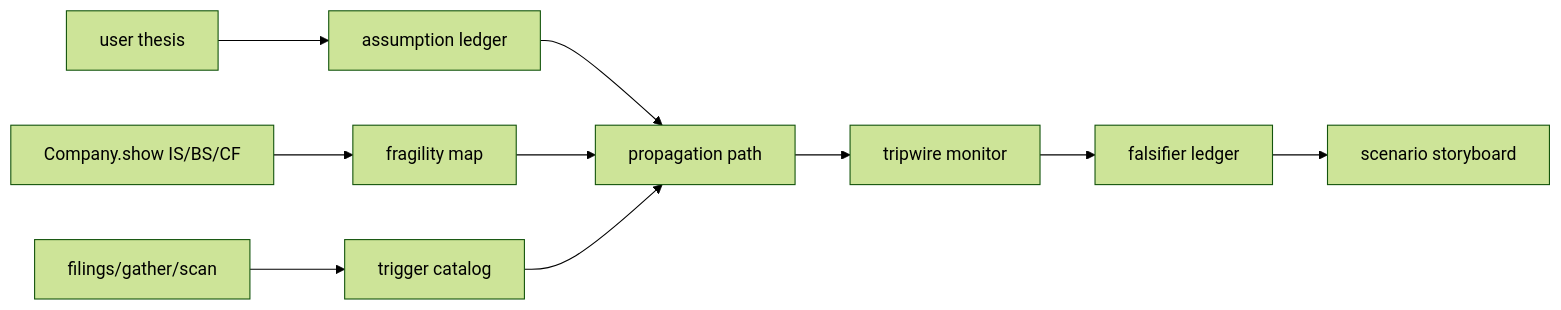
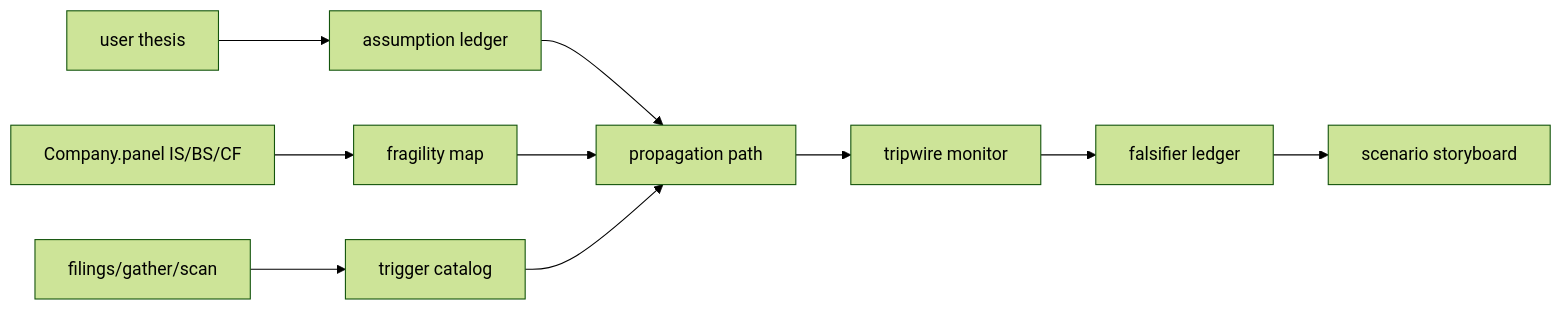
One commit to zkznxk123-sys/dartlab changed the diagram in src/dartlab/skills/specs/recipes/meta/thesisKillChain/index.md. Above: the diagram before and after it, drawn with Mermaid (forest theme). The commit also changed other lines of this file and 19 other files, not shown here.

Commit message:
문서: Skill OS recipe 20종 공개 show→panel 손편집 (Phase H ① 배치3) — thesisKillChain 8 + macro·industry·governance·dividend·disclosure·quant·workflow 라이브 호출 표면 정규화

````diff
--- a/src/dartlab/skills/specs/recipes/meta/thesisKillChain/index.md
+++ b/src/dartlab/skills/specs/recipes/meta/thesisKillChain/index.md
@@ -219,12 +219,12 @@
 ```mermaid
 graph LR
   A["user thesis"] --> B["assumption ledger"]
-  C["Company.show IS/BS/CF"] --> D["fragility map"]
+  C["Company.panel IS/BS/CF"] --> D["fragility map"]
   E["filings/gather/scan"] --> F["trigger catalog"]
   B --> G["propagation path"]
   D --> G
   F --> G
   G --> H["tripwire monitor"]
   H --> I["falsifier ledger"]
   I --> J["scenario storyboard"]
 ```
````
